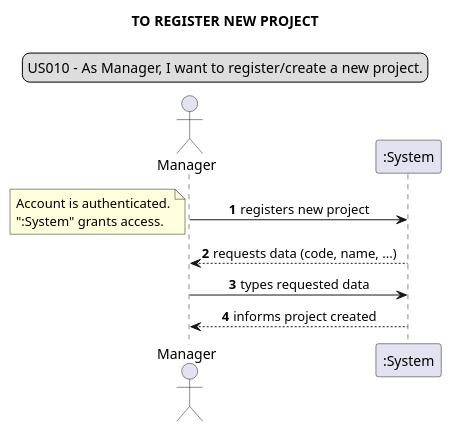
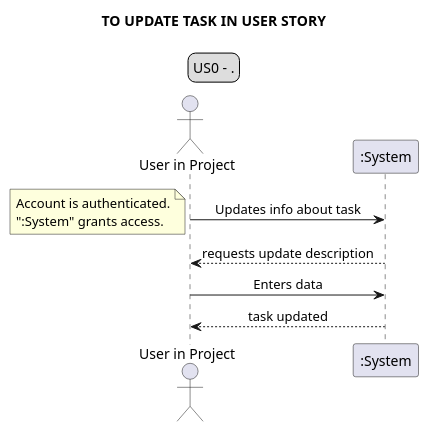
Before and after one commit to Loracline/project_switch_22-23: the tenth of 23 diagrams in docs/requirements_gathering/system_sequence_diagrams/systemSequenceDiagram.puml, drawn with PlantUML. The commit also changed other lines of this file and 23 other files, not shown here.

```diff
--- a/docs/requirements_gathering/system_sequence_diagrams/systemSequenceDiagram.puml
+++ b/docs/requirements_gathering/system_sequence_diagrams/systemSequenceDiagram.puml
@@ -169,17 +150,16 @@
 @startuml
 legend top
-US010 - As Manager, I want to register/create a new project.
+US0 - .
 end legend
 skinparam sequenceMessageAlign center
-title TO REGISTER NEW PROJECT
-autonumber
-actor "Manager"
-"Manager" -> ":System": registers new project
+title TO UPDATE TASK IN USER STORY
+actor "User in Project" as UIP
+"UIP" -> ":System": Updates info about task
 note left
 Account is authenticated.
 ":System" grants access.
 end note
-"Manager" <-- ":System": requests data (code, name, ...)
-"Manager" -> ":System":  types requested data
-"Manager" <-- ":System": informs project created
+UIP <-- ":System": requests update description
+UIP -> ":System": Enters data
+UIP <-- ":System": task updated
 @enduml
```
